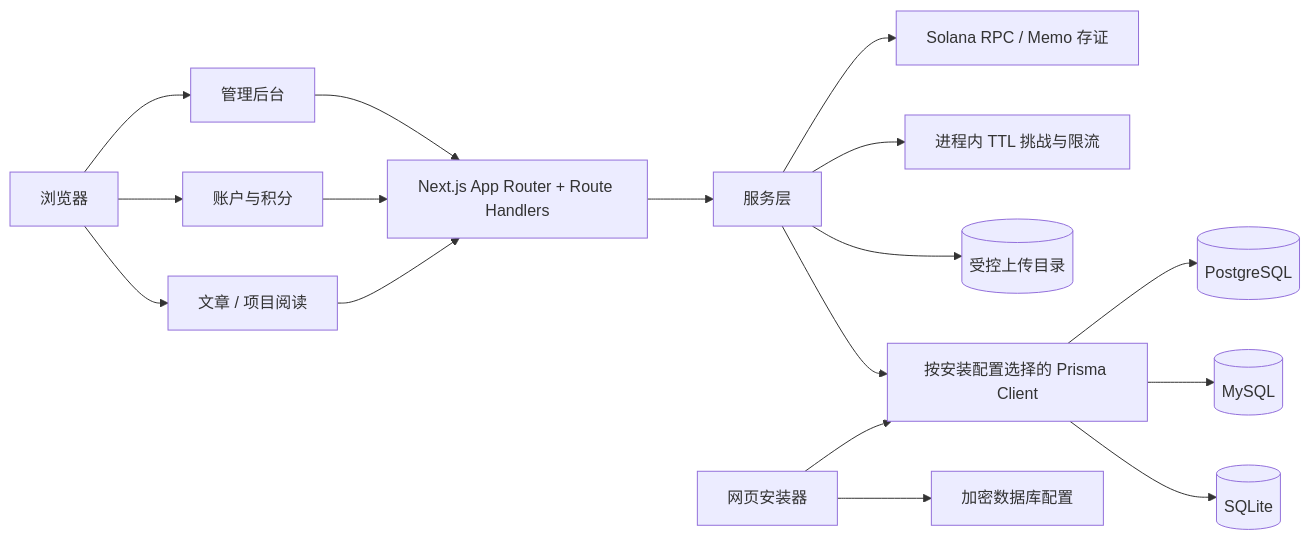
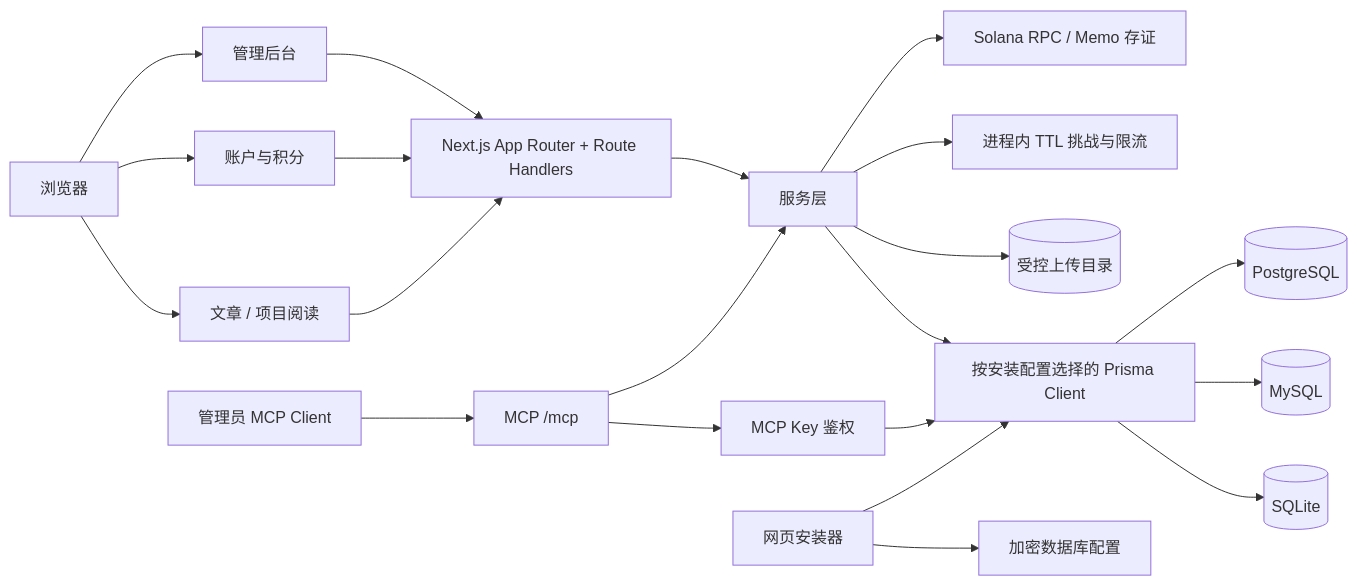
One commit to holic512/SlothVault changed the diagram in README.md. Above: the diagram before and after it, drawn with Mermaid. The commit also changed other lines of this file and 21 other files, not shown here.

````diff
--- a/README.md
+++ b/README.md
@@ -178,23 +178,27 @@
 ```mermaid
 flowchart LR
     Browser["浏览器"] --> Public["文章 / 项目阅读"]
     Browser --> Account["账户与积分"]
     Browser --> Admin["管理后台"]
+    McpClient["管理员 MCP Client"] --> Mcp["MCP /mcp"]
 
     Public --> Routes["Next.js App Router + Route Handlers"]
     Account --> Routes
     Admin --> Routes
+    Mcp --> McpKey["MCP Key 鉴权"]
+    Mcp --> Services
+    McpKey --> Prisma
 
     Routes --> Services["服务层"]
     Services --> Prisma["按安装配置选择的 Prisma Client"]
     Prisma --> SQLite[(SQLite)]
     Prisma --> MySQL[(MySQL)]
     Prisma --> PostgreSQL[(PostgreSQL)]
 
     Services --> Uploads[(受控上传目录)]
     Services --> Memory["进程内 TTL 挑战与限流"]
     Services --> Solana["Solana RPC / Memo 存证"]
 
     Installer["网页安装器"] --> EncryptedConfig["加密数据库配置"]
     Installer --> Prisma
 ```
````
